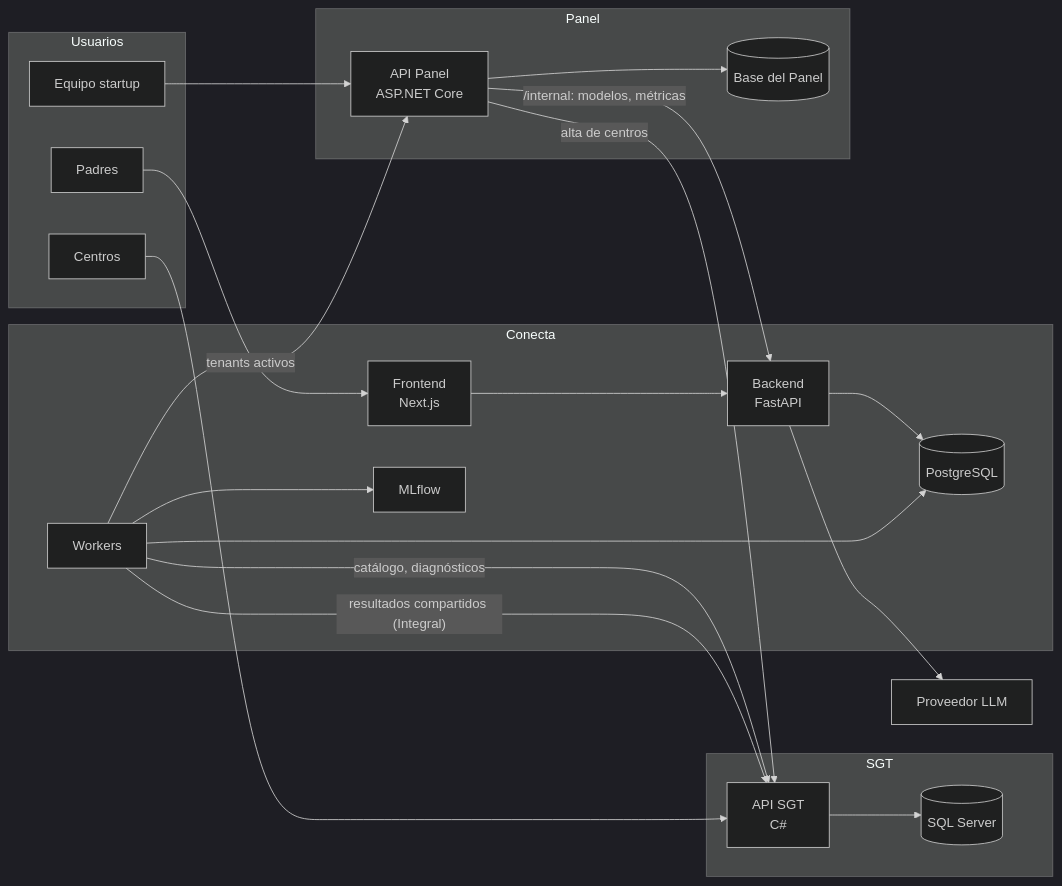
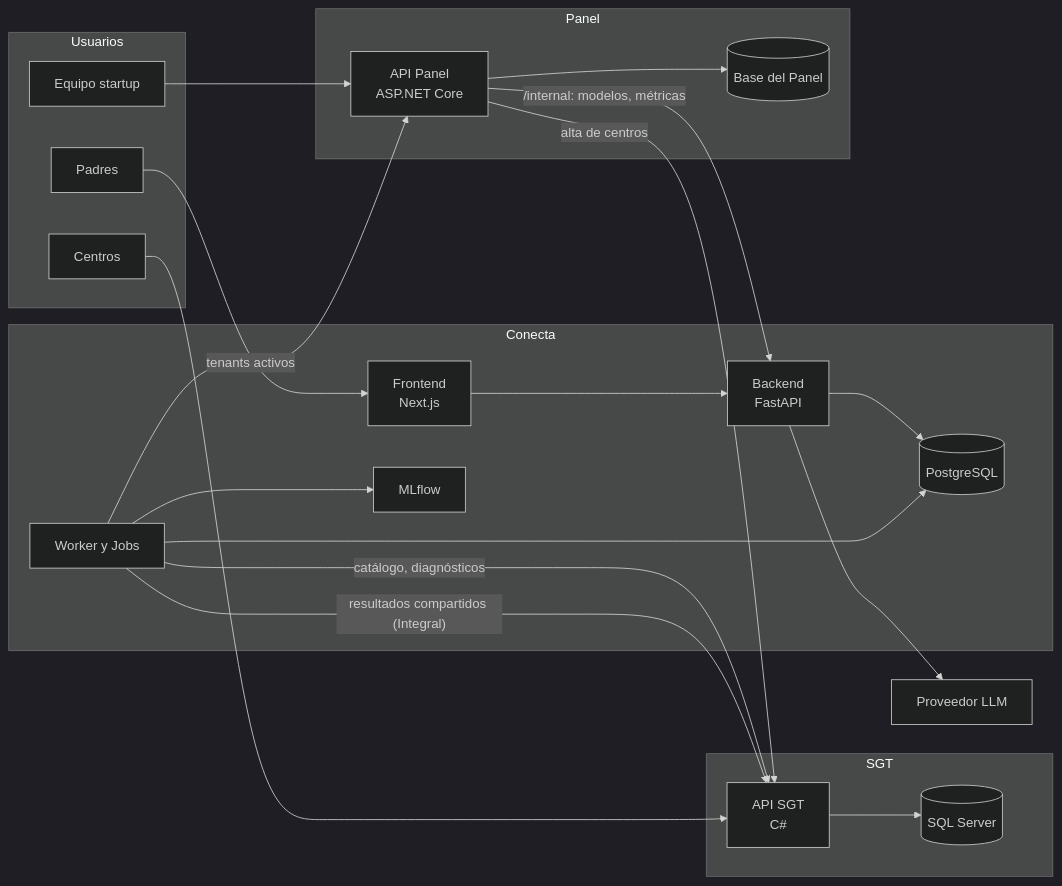
One commit to ErnestoSCL/neuroa-modelo-tamizaje changed the first of 6 diagrams in docs/arquitectura_conecta.md. Above: the diagram before and after it, drawn with Mermaid (dark theme). The commit also changed other lines of this file, not shown here.

First line of the commit message:
Use a PostgreSQL queue and Container Apps Jobs instead of Celery and Redis

````diff
--- a/docs/arquitectura_conecta.md
+++ b/docs/arquitectura_conecta.md
@@ -38,43 +38,43 @@
 ```mermaid
 flowchart LR
     subgraph Usuarios
         P["Padres"]
         C["Centros"]
         E["Equipo startup"]
     end
 
     subgraph Conecta
         WEB["Frontend<br>Next.js"]
         API["Backend<br>FastAPI"]
-        WK["Workers"]
+        WK["Worker y Jobs"]
         PG[("PostgreSQL")]
         ML["MLflow"]
     end
 
     subgraph SGT
         SAPI["API SGT<br>C#"]
         SQL[("SQL Server")]
     end
 
     subgraph Panel
         PAPI["API Panel<br>ASP.NET Core"]
         PDB[("Base del Panel")]
     end
 
     LLM["Proveedor LLM"]
 
     P --> WEB --> API
     C --> SAPI
     E --> PAPI
     API --> PG
     WK --> PG
     API --> LLM
     WK -- "catálogo, diagnósticos" --> SAPI
     WK -- "resultados compartidos (Integral)" --> SAPI
     WK -- "tenants activos" --> PAPI
     PAPI -- "/internal: modelos, métricas" --> API
     PAPI -- "alta de centros" --> SAPI
     SAPI --> SQL
     PAPI --> PDB
     WK --> ML
 ```
````
